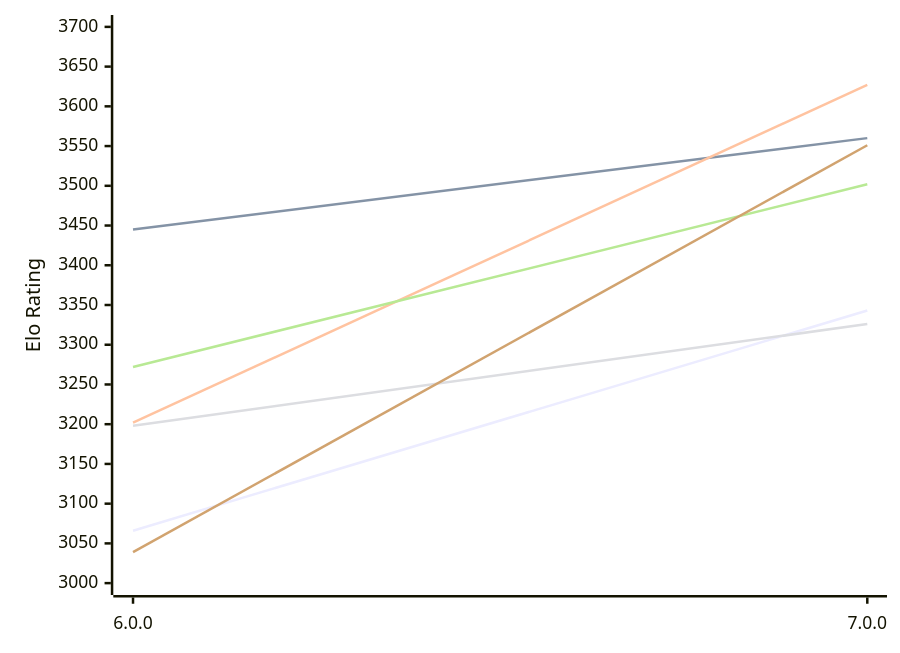
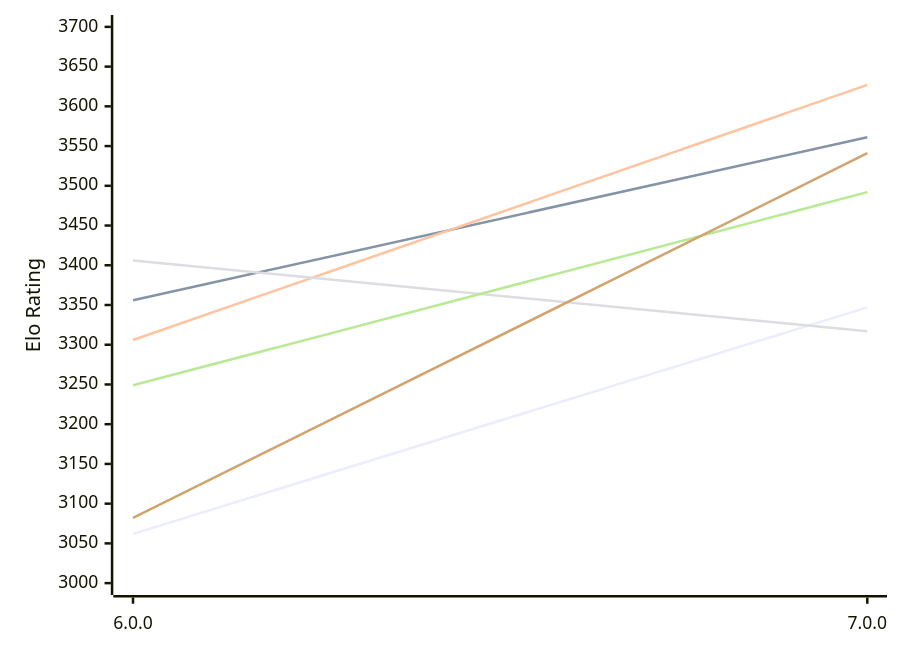
One commit to computer-chess-index/cci changed the first of 2 diagrams in engines/Minke.md. Above: the diagram before and after it, drawn with Mermaid. The commit also changed other lines of this file, not shown here.

Commit message:
Update CCI Ratings (ELO VLTC) - 2026-11-15

````diff
--- a/engines/Minke.md
+++ b/engines/Minke.md
@@ -53,12 +53,12 @@
 ```mermaid
 %%{init: {"theme":"base","themeVariables":{"seriesColors:['#a3a3a3','#222221','#faa371']}}}%%
 xychart-beta
   x-axis ["6.0.0", "7.0.0"]
   y-axis "Elo Rating" 3000 --> 3700
-  line "E1: STC (8.0+0.08s)" [3066, 3343]
-  line "E1: LTC (60.0+0.60s)" [3445, 3560]
-  line "E1: VLTC (2m24s+1.12s)" [3202, 3627]
-  line "P1: STC (8.0+0.08s)" [3198, 3326]
-  line "P1: LTC (60.0+0.60s)" [3272, 3502]
-  line "P1: VLTC (2m24s+1.12s)" [3039, 3551]
+  line "E1: STC (8.0+0.08s)" [3062, 3347]
+  line "E1: LTC (60.0+0.60s)" [3356, 3561]
+  line "E1: VLTC (2m24s+1.12s)" [3306, 3627]
+  line "P1: STC (8.0+0.08s)" [3406, 3317]
+  line "P1: LTC (60.0+0.60s)" [3249, 3492]
+  line "P1: VLTC (2m24s+1.12s)" [3082, 3541]
 ```
````
